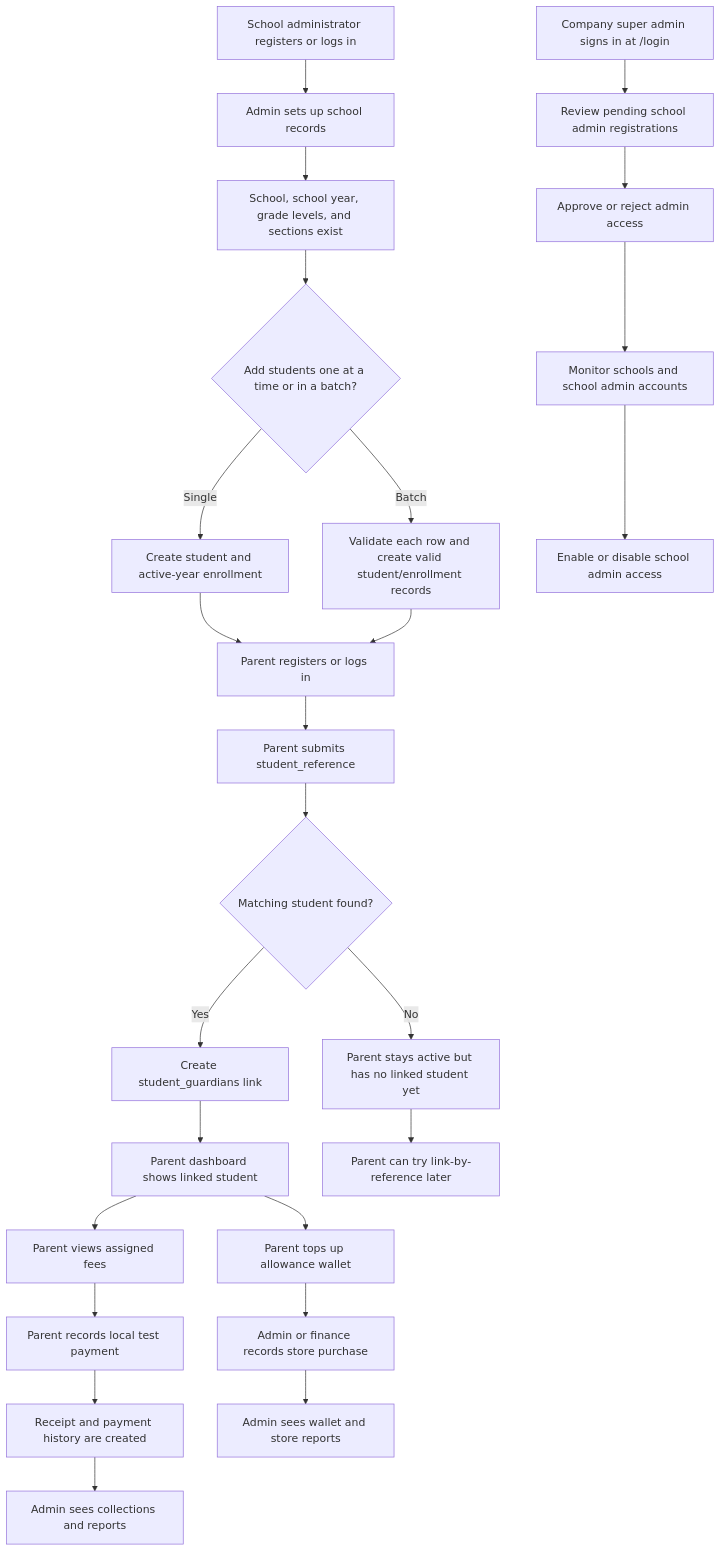
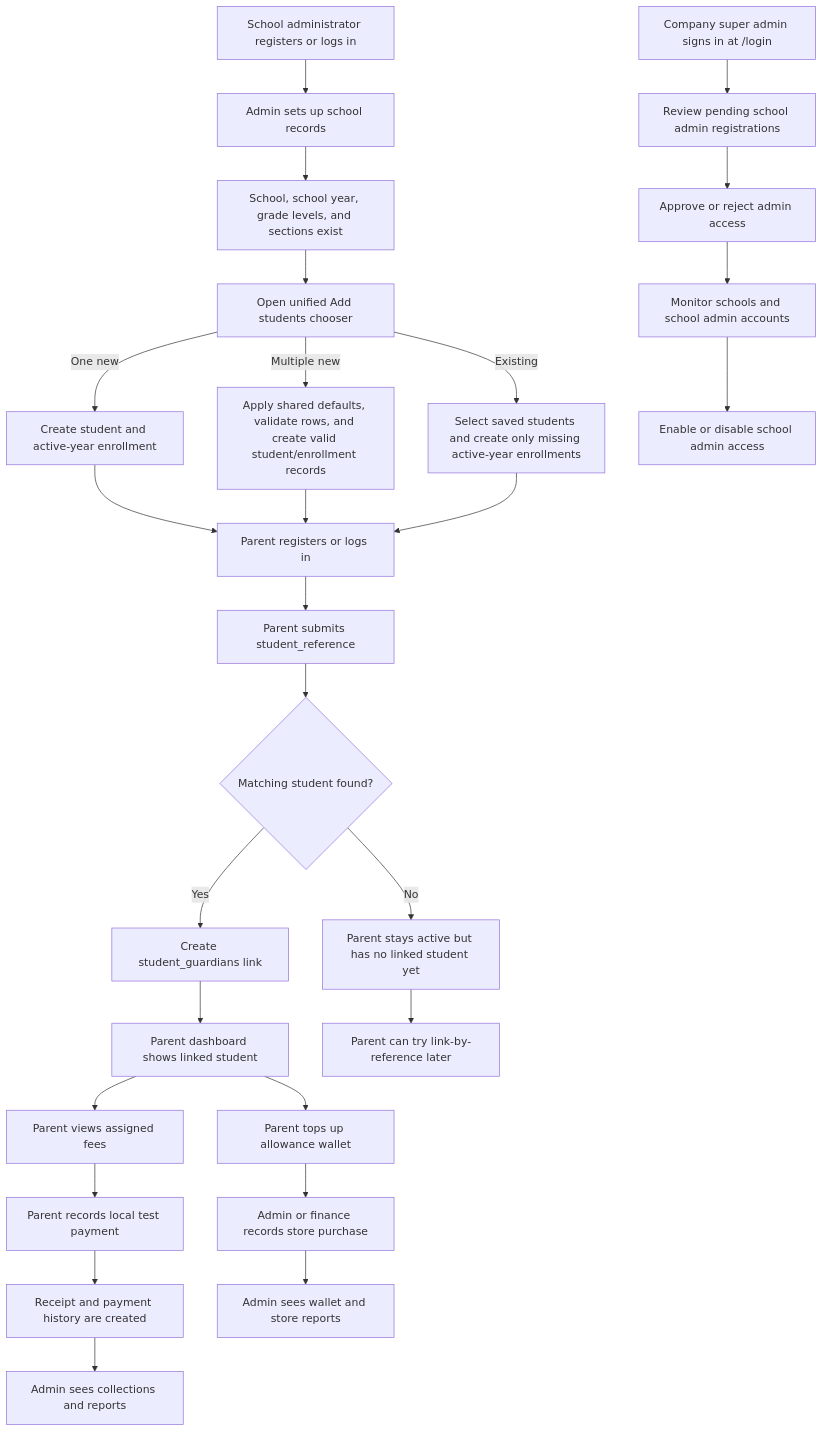
Before and after one commit to Xeyn19/xmetapay: the first of 21 diagrams in docs/PROJECT_FLOWCHARTS.md, drawn with Mermaid. The commit also changed other lines of this file and 16 other files, not shown here.

````diff
--- a/docs/PROJECT_FLOWCHARTS.md
+++ b/docs/PROJECT_FLOWCHARTS.md
@@ -77,30 +77,32 @@
 ```mermaid
 flowchart TD
   A["School administrator registers or logs in"] --> B["Admin sets up school records"]
   B --> C["School, school year, grade levels, and sections exist"]
-  C --> D{"Add students one at a time or in a batch?"}
-  D -->|Single| E["Create student and active-year enrollment"]
-  D -->|Batch| F["Validate each row and create valid student/enrollment records"]
+  C --> D["Open unified Add students chooser"]
+  D -->|One new| E["Create student and active-year enrollment"]
+  D -->|Multiple new| F["Apply shared defaults, validate rows, and create valid student/enrollment records"]
+  D -->|Existing| F1["Select saved students and create only missing active-year enrollments"]
   E --> G["Student gets official student_reference"]
   F --> G
+  F1 --> G
 
   G["Parent registers or logs in"] --> H["Parent submits student_reference"]
   H --> I{"Matching student found?"}
   I -->|Yes| J["Create student_guardians link"]
   I -->|No| K["Parent stays active but has no linked student yet"]
   J --> L["Parent dashboard shows linked student"]
   K --> M["Parent can try link-by-reference later"]
 
   L --> N["Parent views assigned fees"]
   N --> O["Parent records local test payment"]
   O --> P["Receipt and payment history are created"]
   L --> Q["Parent tops up allowance wallet"]
   Q --> R["Admin or finance records store purchase"]
 
   P --> S["Admin sees collections and reports"]
   R --> T["Admin sees wallet and store reports"]
   U["Company super admin signs in at /login"] --> V["Review pending school admin registrations"]
   V --> W["Approve or reject admin access"]
   W --> X["Monitor schools and school admin accounts"]
   X --> Y["Enable or disable school admin access"]
 ```
````
